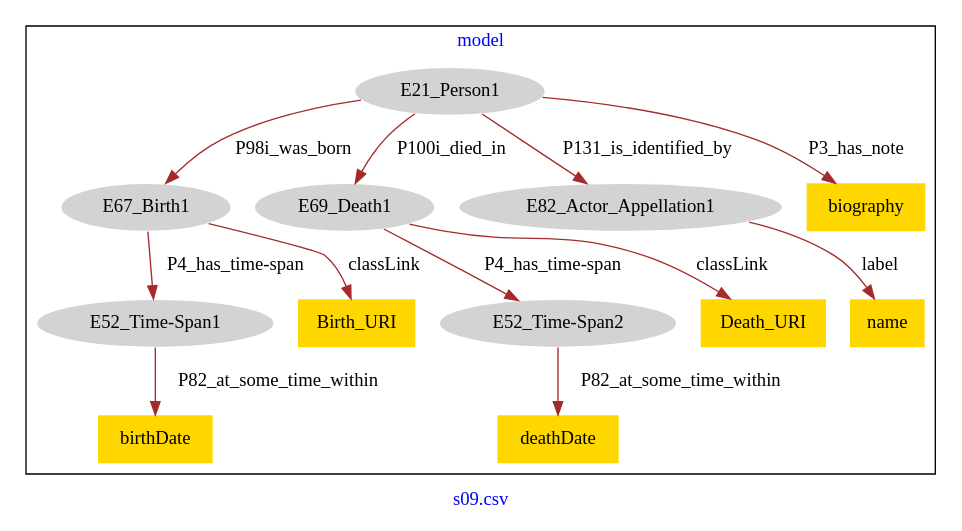
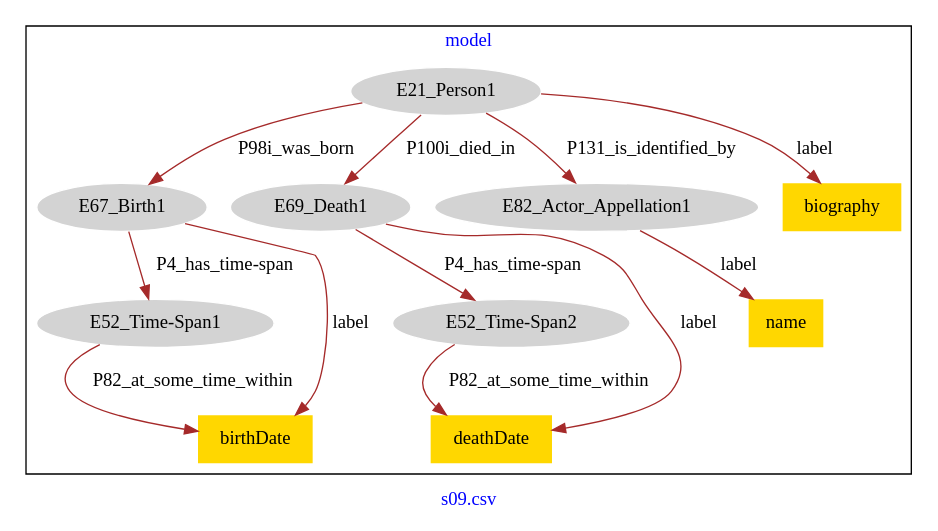
The diagram in DataSets/museum-crm/models-graphviz/s09.csv.model.dot (Zaiwen/ModelCorrection_Jiakang_XU), drawn with Graphviz before and after one commit. The commit also changed 67 other files, not shown here.

```diff
--- a/DataSets/museum-crm/models-graphviz/s09.csv.model.dot
+++ b/DataSets/museum-crm/models-graphviz/s09.csv.model.dot
@@ -1,31 +1,29 @@
 digraph n0 {
 fontcolor="blue"
 remincross="true"
 label="s09.csv"
 subgraph cluster {
 label="model"
 n2[style="filled",color="white",fillcolor="lightgray",label="E21_Person1"];
 n3[style="filled",color="white",fillcolor="lightgray",label="E67_Birth1"];
 n4[style="filled",color="white",fillcolor="lightgray",label="E69_Death1"];
 n5[style="filled",color="white",fillcolor="lightgray",label="E82_Actor_Appellation1"];
 n6[style="filled",color="white",fillcolor="lightgray",label="E52_Time-Span1"];
 n7[style="filled",color="white",fillcolor="lightgray",label="E52_Time-Span2"];
 n8[shape="plaintext",style="filled",fillcolor="gold",label="birthDate"];
 n9[shape="plaintext",style="filled",fillcolor="gold",label="deathDate"];
 n10[shape="plaintext",style="filled",fillcolor="gold",label="name"];
 n11[shape="plaintext",style="filled",fillcolor="gold",label="biography"];
-n12[shape="plaintext",style="filled",fillcolor="gold",label="Death_URI"];
-n13[shape="plaintext",style="filled",fillcolor="gold",label="Birth_URI"];
 }
 n2 -> n3[color="brown",fontcolor="black",label="P98i_was_born"]
 n2 -> n4[color="brown",fontcolor="black",label="P100i_died_in"]
 n2 -> n5[color="brown",fontcolor="black",label="P131_is_identified_by"]
 n3 -> n6[color="brown",fontcolor="black",label="P4_has_time-span"]
 n4 -> n7[color="brown",fontcolor="black",label="P4_has_time-span"]
 n6 -> n8[color="brown",fontcolor="black",label="P82_at_some_time_within"]
 n7 -> n9[color="brown",fontcolor="black",label="P82_at_some_time_within"]
 n5 -> n10[color="brown",fontcolor="black",label="label"]
-n2 -> n11[color="brown",fontcolor="black",label="P3_has_note"]
-n4 -> n12[color="brown",fontcolor="black",label="classLink"]
-n3 -> n13[color="brown",fontcolor="black",label="classLink"]
+n2 -> n11[color="brown",fontcolor="black",label="label"]
+n3 -> n8[color="brown",fontcolor="black",label="label"]
+n4 -> n9[color="brown",fontcolor="black",label="label"]
 }
```
